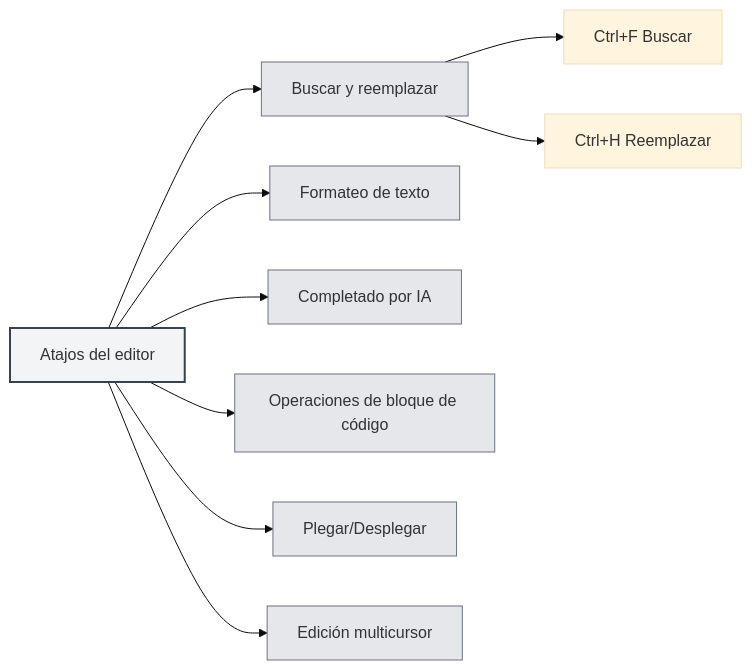
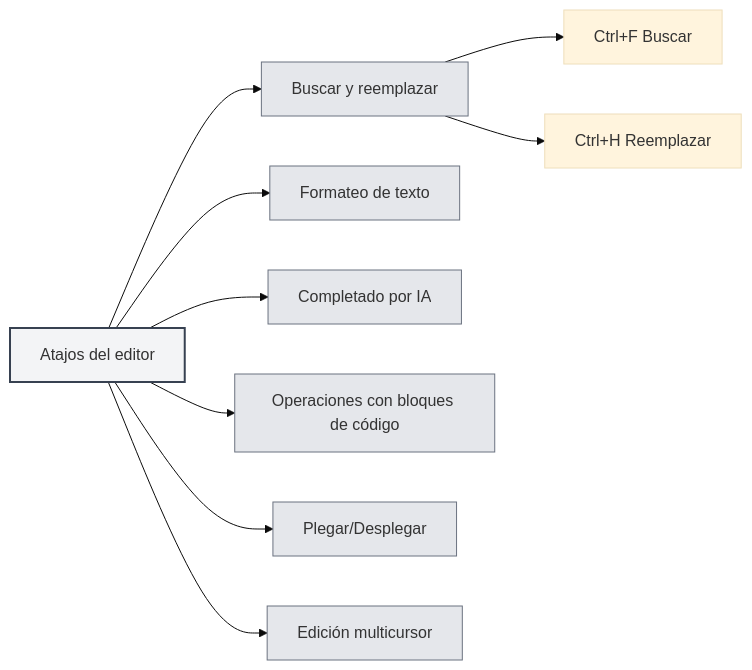
The diagram in meta-doc/src/renderer/src/manuals/es_ES/shortcuts/editor.md (JaredYe04/MetaDoc), drawn with Mermaid (base theme) before and after one commit. The commit also changed other lines of this file and 35 other files, not shown here.

````diff
--- a/meta-doc/src/renderer/src/manuals/es_ES/shortcuts/editor.md
+++ b/meta-doc/src/renderer/src/manuals/es_ES/shortcuts/editor.md
@@ -27,18 +27,18 @@
 ```mermaid
 graph LR
     A[Atajos del editor] --> B[Buscar y reemplazar]
     A --> C[Formateo de texto]
     A --> D[Completado por IA]
-    A --> E[Operaciones de bloque de código]
+    A --> E[Operaciones con bloques de código]
     A --> F[Plegar/Desplegar]
     A --> G[Edición multicursor]
     B --> H[Ctrl+F Buscar]
     B --> I[Ctrl+H Reemplazar]
     style A fill:#f3f4f6,stroke:#374151,stroke-width:2px
     style B fill:#e5e7eb,stroke:#6b7280
     style C fill:#e5e7eb,stroke:#6b7280
     style D fill:#e5e7eb,stroke:#6b7280
     style E fill:#e5e7eb,stroke:#6b7280
     style F fill:#e5e7eb,stroke:#6b7280
     style G fill:#e5e7eb,stroke:#6b7280
 ```
````
